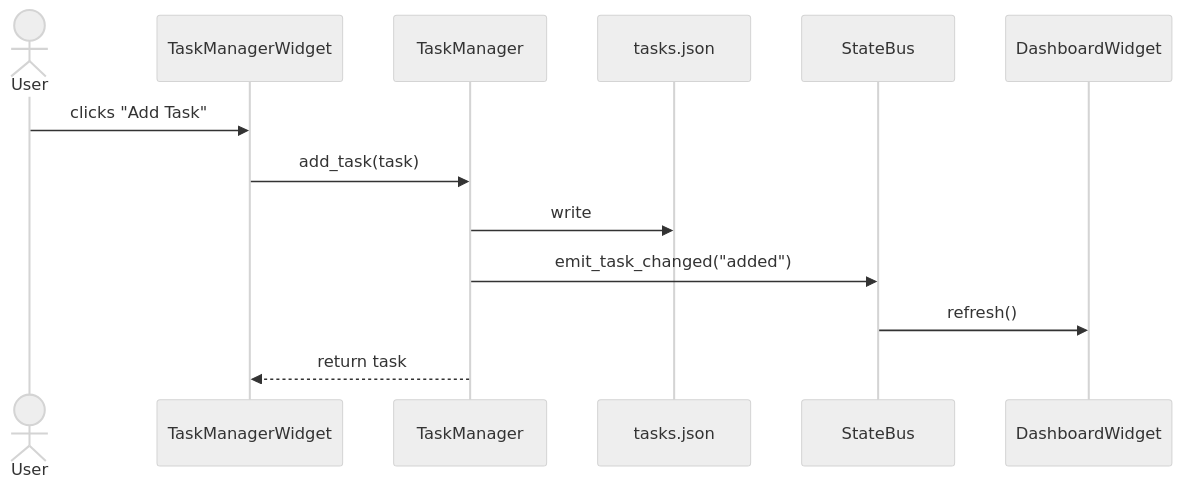
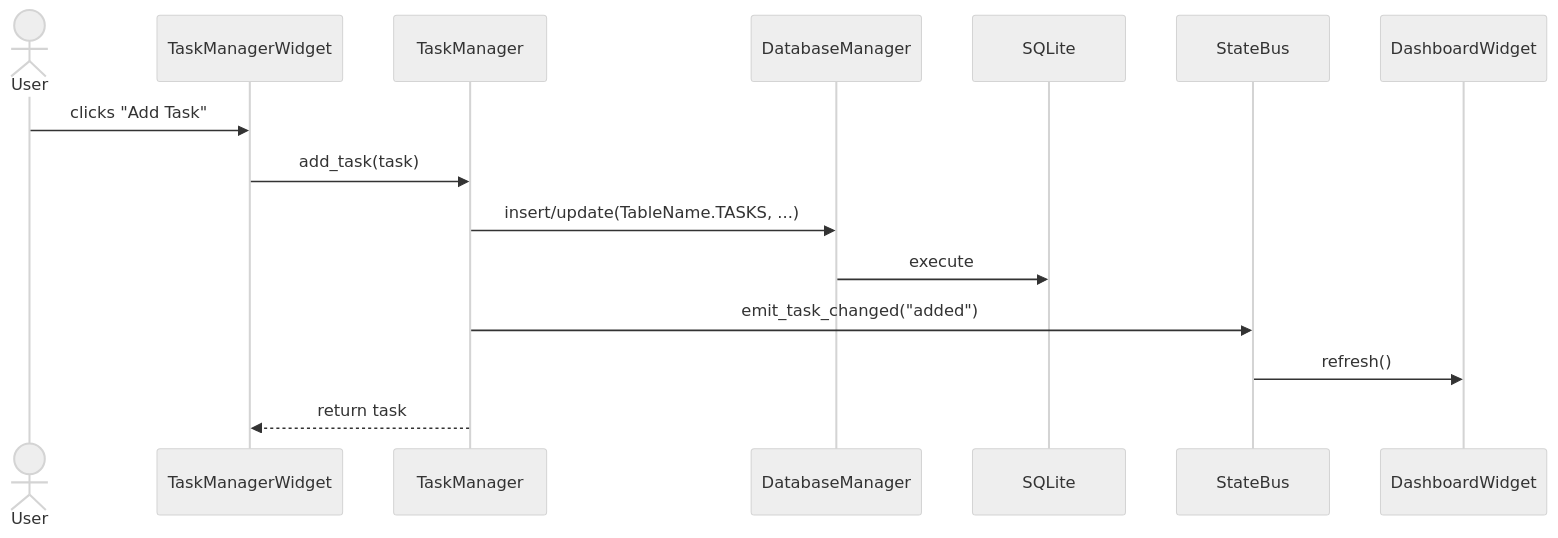
The first of 2 diagrams in docs/architecture.md (ntoledo319/Mindful-Organizer), drawn with Mermaid (neutral theme) before and after one commit. The commit also changed other lines of this file and 116 other files, not shown here.

First line of the commit message:
checkpoint: preserve in-progress perfection pass (schema v3, themes, wearable sync)

````diff
--- a/docs/architecture.md
+++ b/docs/architecture.md
@@ -64,10 +64,11 @@
 ```mermaid
 sequenceDiagram
     actor User
     User->>TaskManagerWidget: clicks "Add Task"
     TaskManagerWidget->>TaskManager: add_task(task)
-    TaskManager->>tasks.json: write
+    TaskManager->>DatabaseManager: insert/update(TableName.TASKS, ...)
+    DatabaseManager->>SQLite: execute
     TaskManager->>StateBus: emit_task_changed("added")
     StateBus->>DashboardWidget: refresh()
     TaskManager-->>TaskManagerWidget: return task
 ```
````
